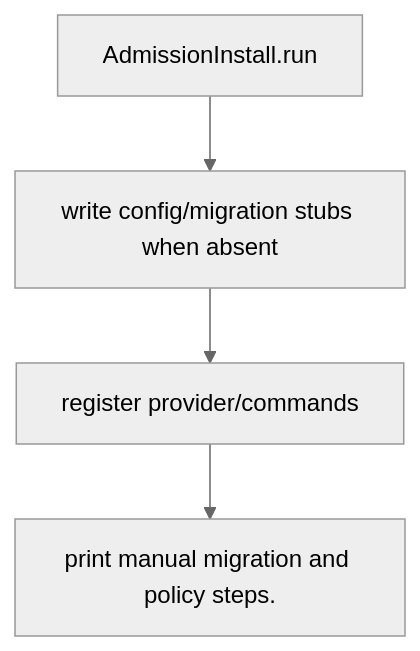
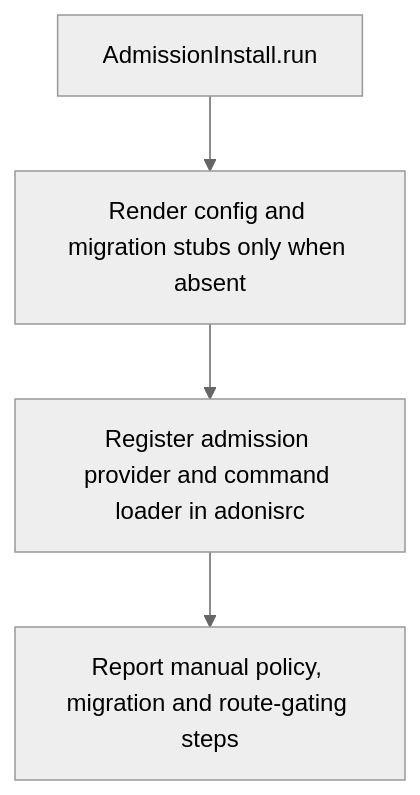
One commit to Kevinjohn/oss-adonisjs-account-kit changed the second of 2 diagrams in user-stories/US-ACCOUNT-28-install-admission.md. Above: the diagram before and after it, drawn with Mermaid (neutral theme). The commit also changed other lines of this file and 29 other files, not shown here.

````diff
--- a/user-stories/US-ACCOUNT-28-install-admission.md
+++ b/user-stories/US-ACCOUNT-28-install-admission.md
@@ -33,10 +32,6 @@
 ```mermaid
 flowchart TD
-    C0["AdmissionInstall.run"]
-    C1["write config/migration stubs when absent"]
-    C0 --> C1
-    C2["register provider/commands"]
-    C1 --> C2
-    C3["print manual migration and policy steps."]
-    C2 --> C3
+ A["AdmissionInstall.run"] --> B["Render config and migration stubs only when absent"]
+ B --> C["Register admission provider and command loader in adonisrc"]
+ C --> D["Report manual policy, migration and route-gating steps"]
 ```
````
